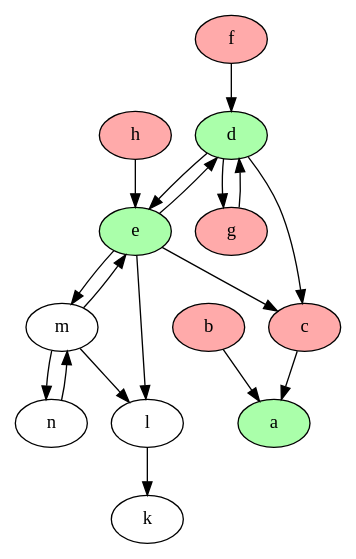
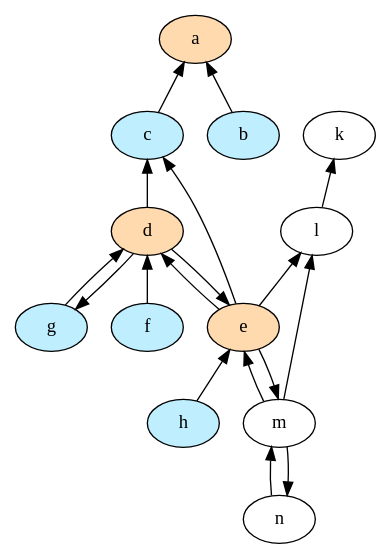
Before and after one commit to idaks/Games-and-Argumentation: the diagram in XLoKR-2023/output/state_1.2_graph.dot, drawn with Graphviz. The commit also changed 12 other files, not shown here.

```diff
--- a/XLoKR-2023/output/state_1.2_graph.dot
+++ b/XLoKR-2023/output/state_1.2_graph.dot
@@ -1,35 +1,35 @@
 strict digraph "" {
-	b	[fillcolor="#FFAAAA",
+	a	[fillcolor="#ffdaaf",
 		style=filled];
-	a	[fillcolor="#AAFFAA",
+	b	[fillcolor="#bfefff",
 		style=filled];
-	b -> a;
-	c	[fillcolor="#FFAAAA",
+	a -> b	[dir=back];
+	c	[fillcolor="#bfefff",
 		style=filled];
-	c -> a;
-	l -> k;
-	d	[fillcolor="#AAFFAA",
+	a -> c	[dir=back];
+	d	[fillcolor="#ffdaaf",
 		style=filled];
-	d -> c;
-	e	[fillcolor="#AAFFAA",
+	c -> d	[dir=back];
+	e	[fillcolor="#ffdaaf",
 		style=filled];
-	d -> e;
-	g	[fillcolor="#FFAAAA",
+	c -> e	[dir=back];
+	k -> l	[dir=back];
+	l -> e	[dir=back];
+	l -> m	[dir=back];
+	d -> e	[dir=back];
+	f	[fillcolor="#bfefff",
 		style=filled];
-	d -> g;
-	e -> c;
-	e -> l;
-	e -> d;
-	e -> m;
-	m -> l;
-	m -> e;
-	m -> n;
-	f	[fillcolor="#FFAAAA",
+	d -> f	[dir=back];
+	g	[fillcolor="#bfefff",
 		style=filled];
-	f -> d;
-	g -> d;
-	h	[fillcolor="#FFAAAA",
+	d -> g	[dir=back];
+	e -> d	[dir=back];
+	e -> m	[dir=back];
+	h	[fillcolor="#bfefff",
 		style=filled];
-	h -> e;
-	n -> m;
+	e -> h	[dir=back];
+	m -> e	[dir=back];
+	m -> n	[dir=back];
+	g -> d	[dir=back];
+	n -> m	[dir=back];
 }
```
